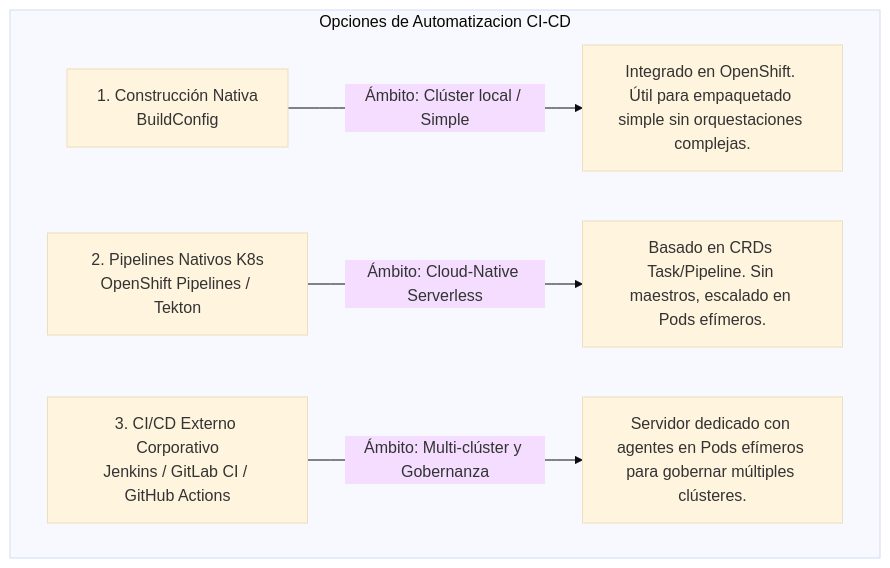
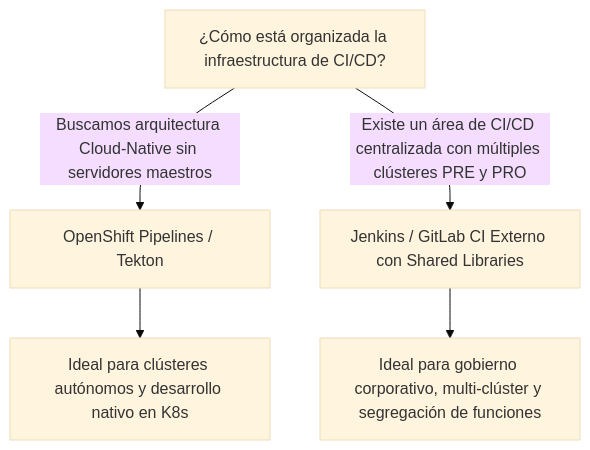
One commit to ieftraining/curso-openshift changed the fifth of 6 diagrams in docs/sesion4/4.7 Opciones de automatizacion.md. Above: the diagram before and after it, drawn with Mermaid (base theme). The commit also changed other lines of this file, not shown here.

````diff
--- a/docs/sesion4/4.7 Opciones de automatizacion.md
+++ b/docs/sesion4/4.7 Opciones de automatizacion.md
@@ -111,8 +164,8 @@
 ```mermaid
 flowchart TD
-    subgraph Opciones de Automatizacion CI-CD
-        A[1. Construcción Nativa<br>BuildConfig] -->|Ámbito: Clúster local / Simple| A1[Integrado en OpenShift. Útil para empaquetado simple sin orquestaciones complejas.]
-        B[2. Pipelines Nativos K8s<br>OpenShift Pipelines / Tekton] -->|Ámbito: Cloud-Native Serverless| B1[Basado en CRDs Task/Pipeline. Sin maestros, escalado en Pods efímeros.]
-        C[3. CI/CD Externo Corporativo<br>Jenkins / GitLab CI / GitHub Actions] -->|Ámbito: Multi-clúster y Gobernanza| C1[Servidor dedicado con agentes en Pods efímeros para gobernar múltiples clústeres.]
-    end
+    A[¿Cómo está organizada la infraestructura de CI/CD?] -->|Buscamos arquitectura Cloud-Native sin servidores maestros| B[OpenShift Pipelines / Tekton]
+    A -->|Existe un área de CI/CD centralizada con múltiples clústeres PRE y PRO| C[Jenkins / GitLab CI Externo con Shared Libraries]
+    
+    B --> B1[Ideal para clústeres autónomos y desarrollo nativo en K8s]
+    C --> C1[Ideal para gobierno corporativo, multi-clúster y segregación de funciones]
 ```
````
